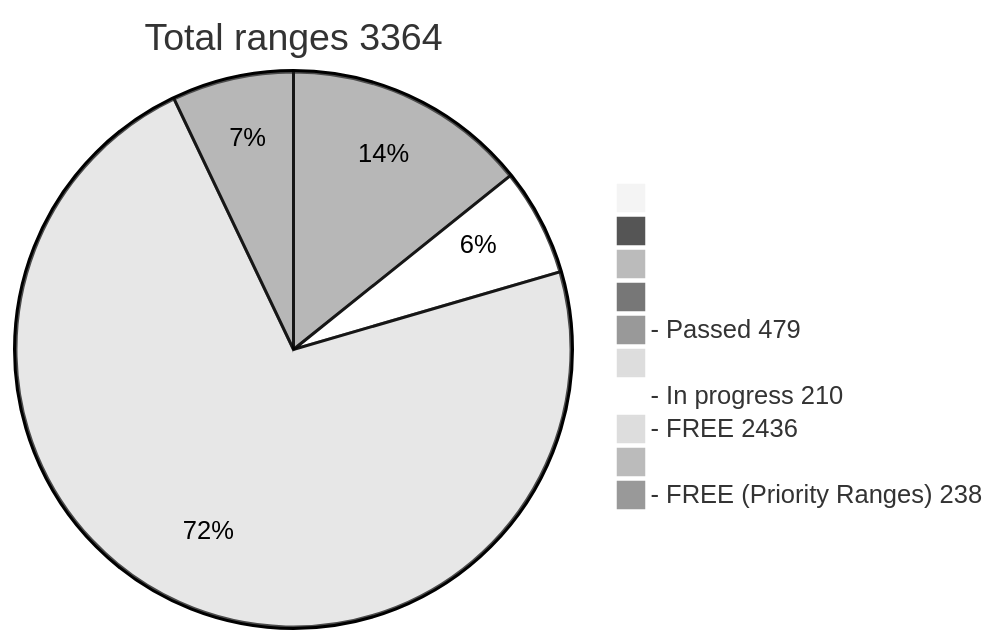
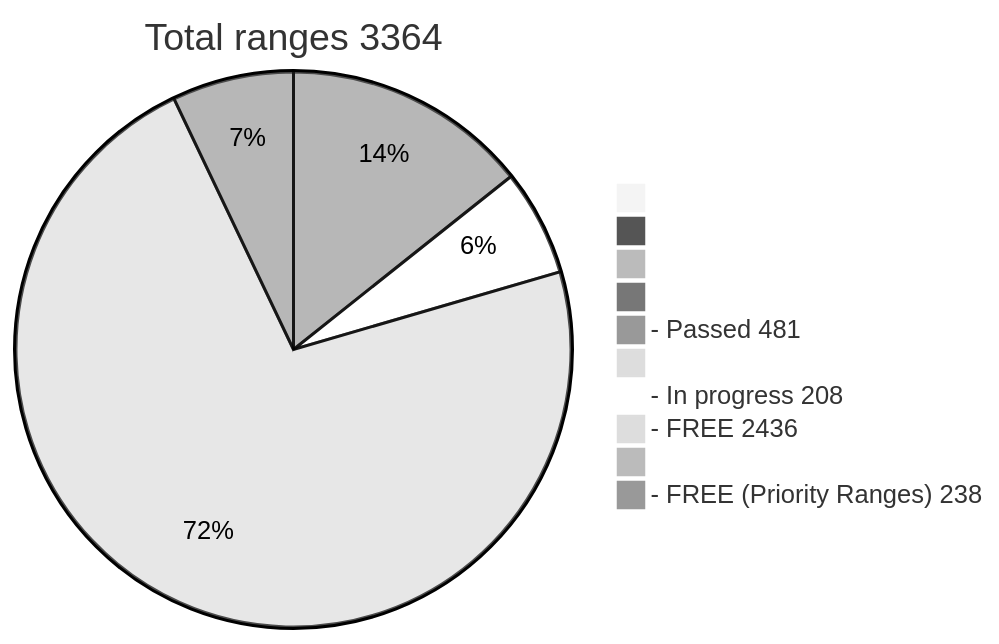
Before and after one commit to phrutis/wif500: the diagram in README.md, drawn with Mermaid (neutral theme).

````diff
--- a/README.md
+++ b/README.md
@@ -16,13 +16,13 @@
 ```mermaid
 pie title Total ranges 3364
              " " : 0
             "  " : 0
            "   " : 0
           "    " : 0
-  "- Passed 479" : 479
+  "- Passed 481" : 481
          "     " : 0
-  "- In progress 210" : 210
+  "- In progress 208" : 208
    "- FREE 2436" : 2436
         "      " : 0
   "- FREE (Priority Ranges) 238" : 238
 ```
````
